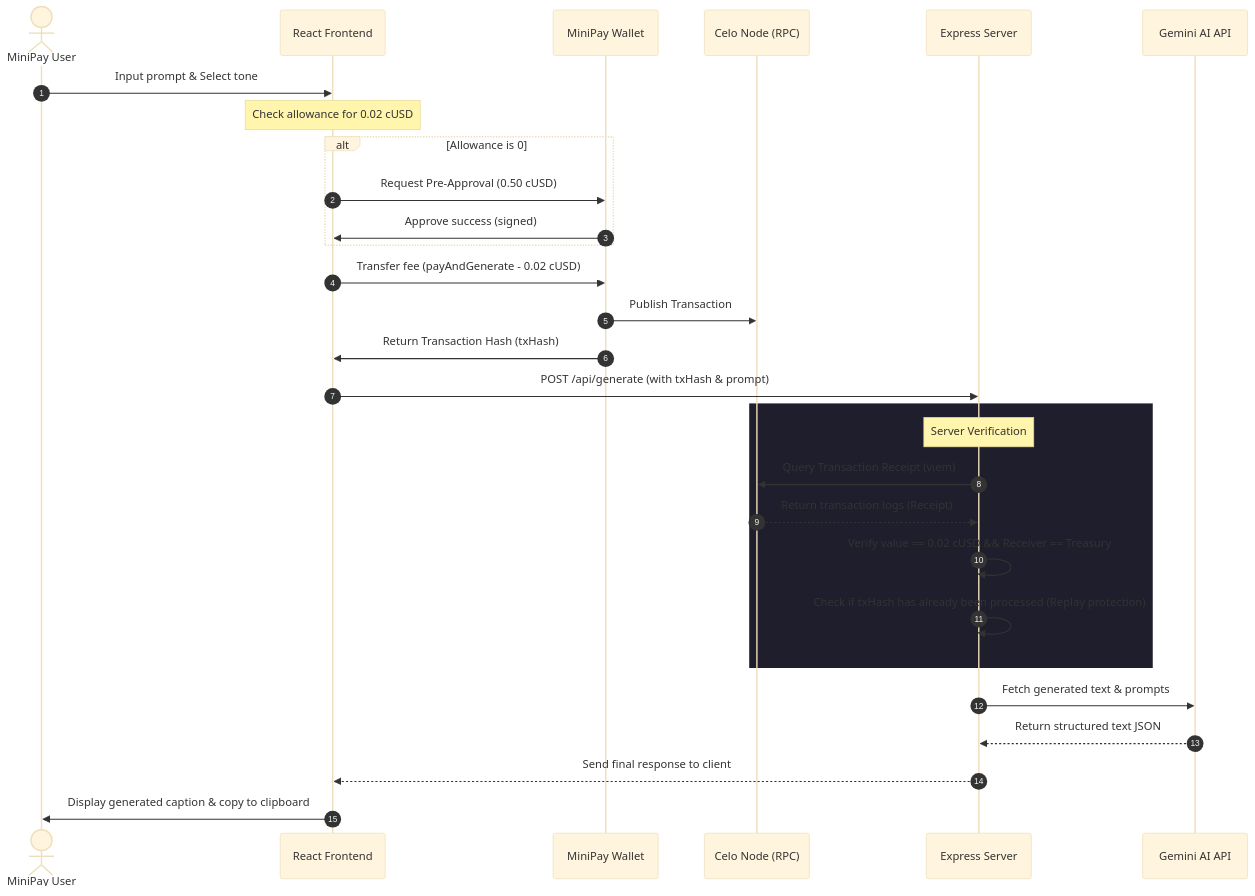
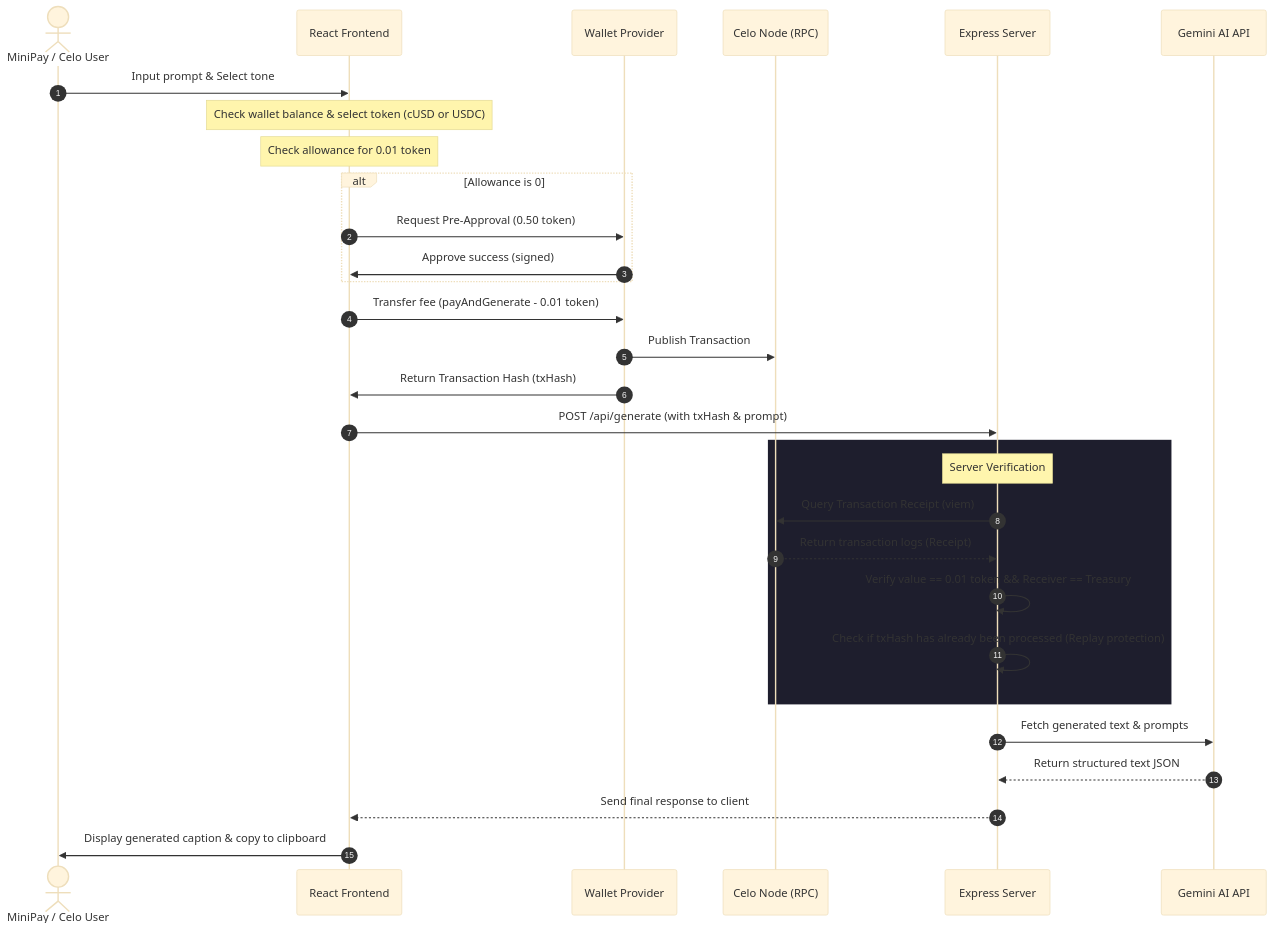
The diagram in README.md (YousufAziz1/caption-ai), drawn with Mermaid (base theme) before and after one commit. The commit also changed other lines of this file, not shown here.

Commit message:
docs: update README.md to match Celo Proof of Ship guidelines and document Mainnet deployments

````diff
--- a/README.md
+++ b/README.md
@@ -36,32 +76,33 @@
 ```mermaid
 sequenceDiagram
     autonumber
-    actor User as MiniPay User
+    actor User as MiniPay / Celo User
     participant App as React Frontend
-    participant Wallet as MiniPay Wallet
+    participant Wallet as Wallet Provider
     participant Node as Celo Node (RPC)
     participant Server as Express Server
     participant Gemini as Gemini AI API
 
     User->>App: Input prompt & Select tone
-    Note over App: Check allowance for 0.02 cUSD
+    Note over App: Check wallet balance & select token (cUSD or USDC)
+    Note over App: Check allowance for 0.01 token
     alt Allowance is 0
-        App->>Wallet: Request Pre-Approval (0.50 cUSD)
+        App->>Wallet: Request Pre-Approval (0.50 token)
         Wallet->>App: Approve success (signed)
     end
-    App->>Wallet: Transfer fee (payAndGenerate - 0.02 cUSD)
+    App->>Wallet: Transfer fee (payAndGenerate - 0.01 token)
     Wallet->>Node: Publish Transaction
     Wallet->>App: Return Transaction Hash (txHash)
     App->>Server: POST /api/generate (with txHash & prompt)
     rect rgb(30, 30, 45)
         Note over Server: Server Verification
         Server->>Node: Query Transaction Receipt (viem)
         Node-->>Server: Return transaction logs (Receipt)
-        Server->>Server: Verify value == 0.02 cUSD && Receiver == Treasury
+        Server->>Server: Verify value == 0.01 token && Receiver == Treasury
         Server->>Server: Check if txHash has already been processed (Replay protection)
     end
     Server->>Gemini: Fetch generated text & prompts
     Gemini-->>Server: Return structured text JSON
     Server-->>App: Send final response to client
     App->>User: Display generated caption & copy to clipboard
 ```
````
